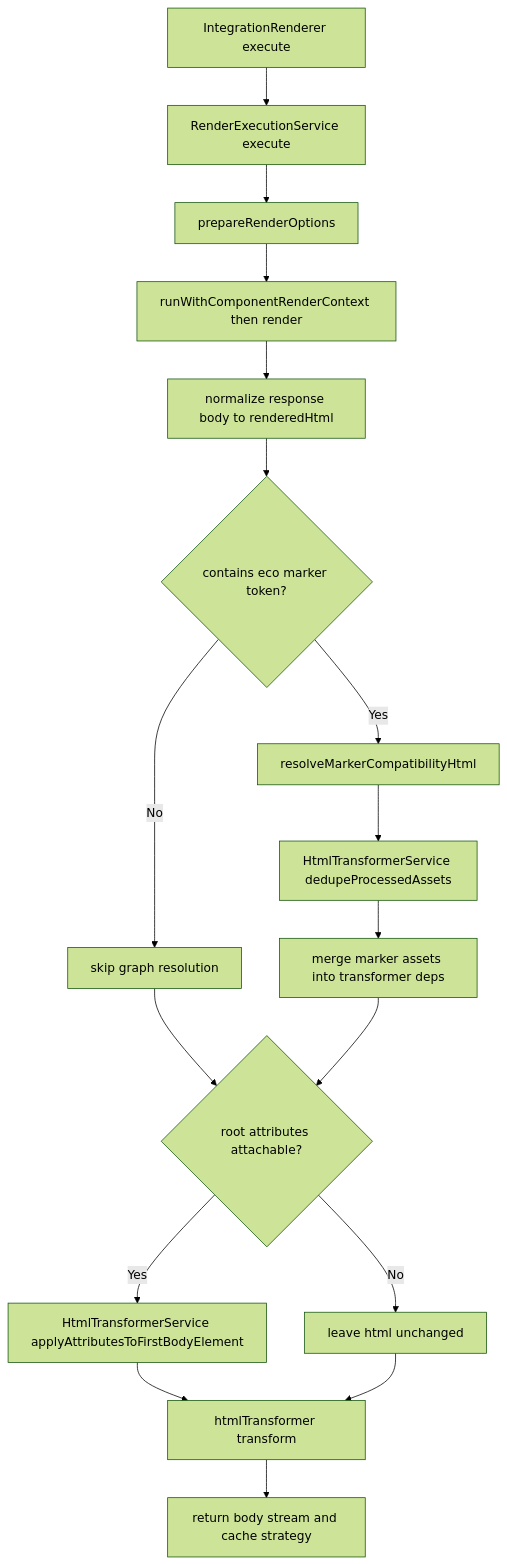
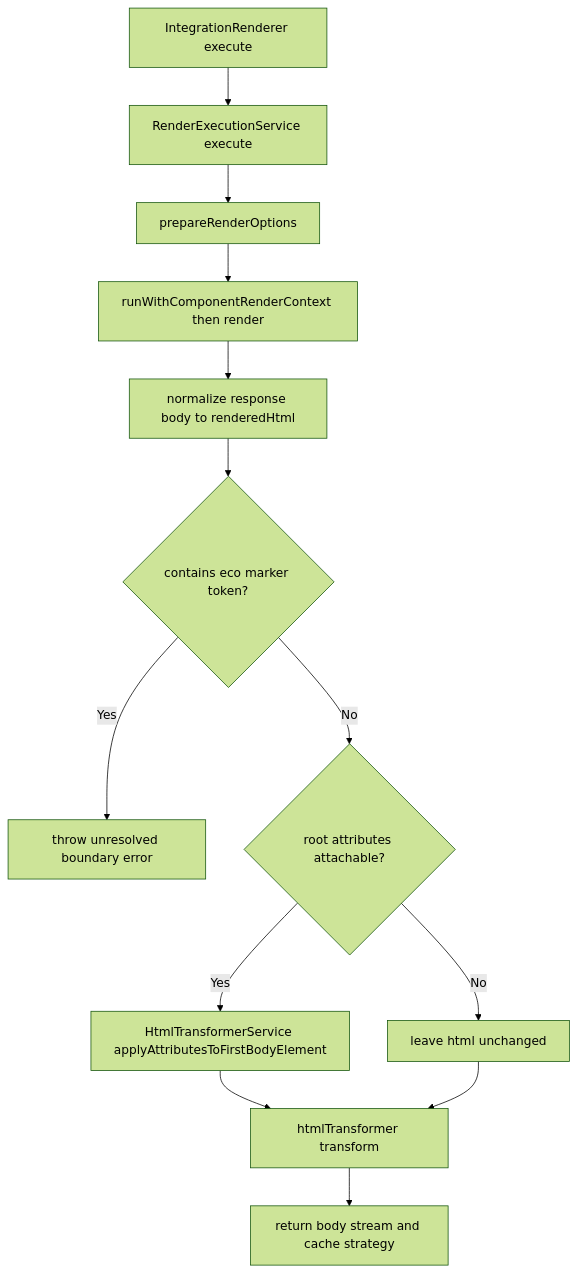
Before and after one commit to ecopages/ecopages: the fifth of 11 diagrams in packages/core/src/route-renderer/GRAPH.md, drawn with Mermaid (forest theme). The commit also changed other lines of this file and 41 other files, not shown here.

````diff
--- a/packages/core/src/route-renderer/GRAPH.md
+++ b/packages/core/src/route-renderer/GRAPH.md
@@ -148,19 +146,15 @@
 ```mermaid
 flowchart TD
   A[IntegrationRenderer execute] --> B[RenderExecutionService execute]
   B --> C[prepareRenderOptions]
   C --> D[runWithComponentRenderContext then render]
   D --> E[normalize response body to renderedHtml]
-  E --> G{contains eco marker token?}
-  G -- Yes --> H[resolveMarkerCompatibilityHtml]
-  G -- No --> I[skip graph resolution]
-  H --> J[HtmlTransformerService dedupeProcessedAssets]
-  J --> K[merge marker assets into transformer deps]
-  I --> L{root attributes attachable?}
-  K --> L
-  L -- Yes --> M[HtmlTransformerService applyAttributesToFirstBodyElement]
-  L -- No --> N[leave html unchanged]
-  M --> O[htmlTransformer transform]
-  N --> O
-  O --> P[return body stream and cache strategy]
+  E --> F{contains eco marker token?}
+  F -- Yes --> G[throw unresolved boundary error]
+  F -- No --> H{root attributes attachable?}
+  H -- Yes --> I[HtmlTransformerService applyAttributesToFirstBodyElement]
+  H -- No --> J[leave html unchanged]
+  I --> K[htmlTransformer transform]
+  J --> K
+  K --> L[return body stream and cache strategy]
 ```
````
